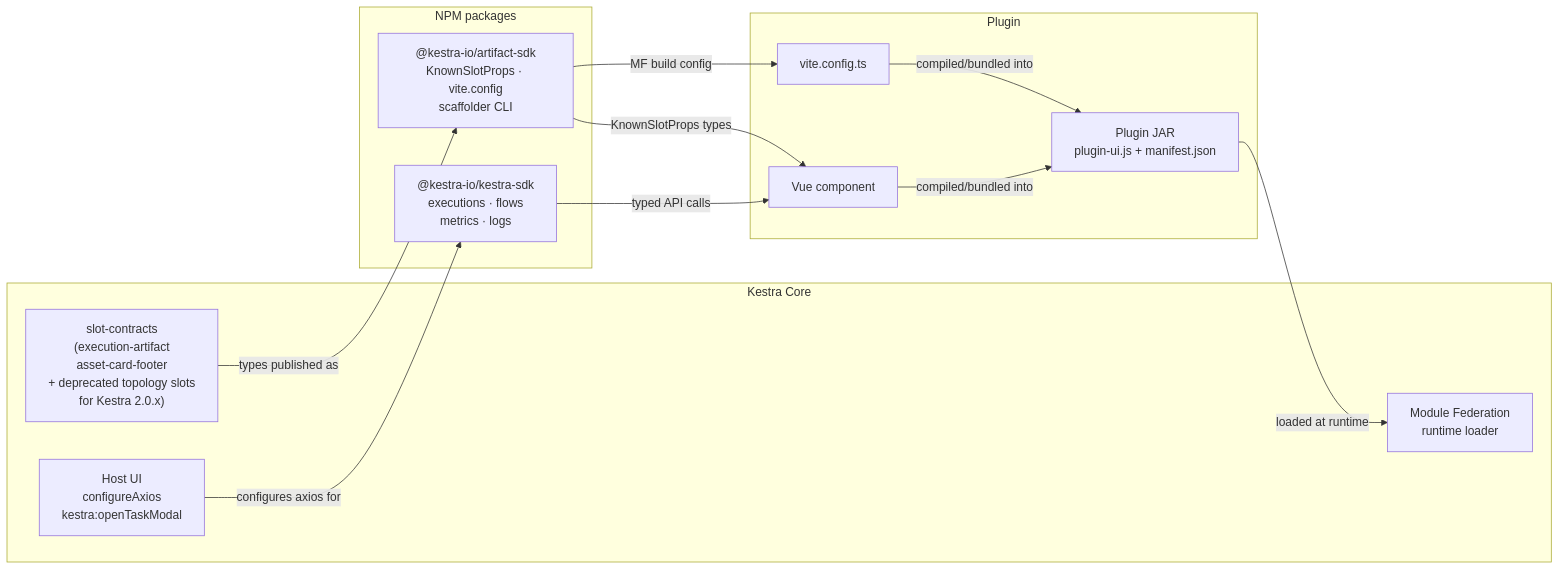
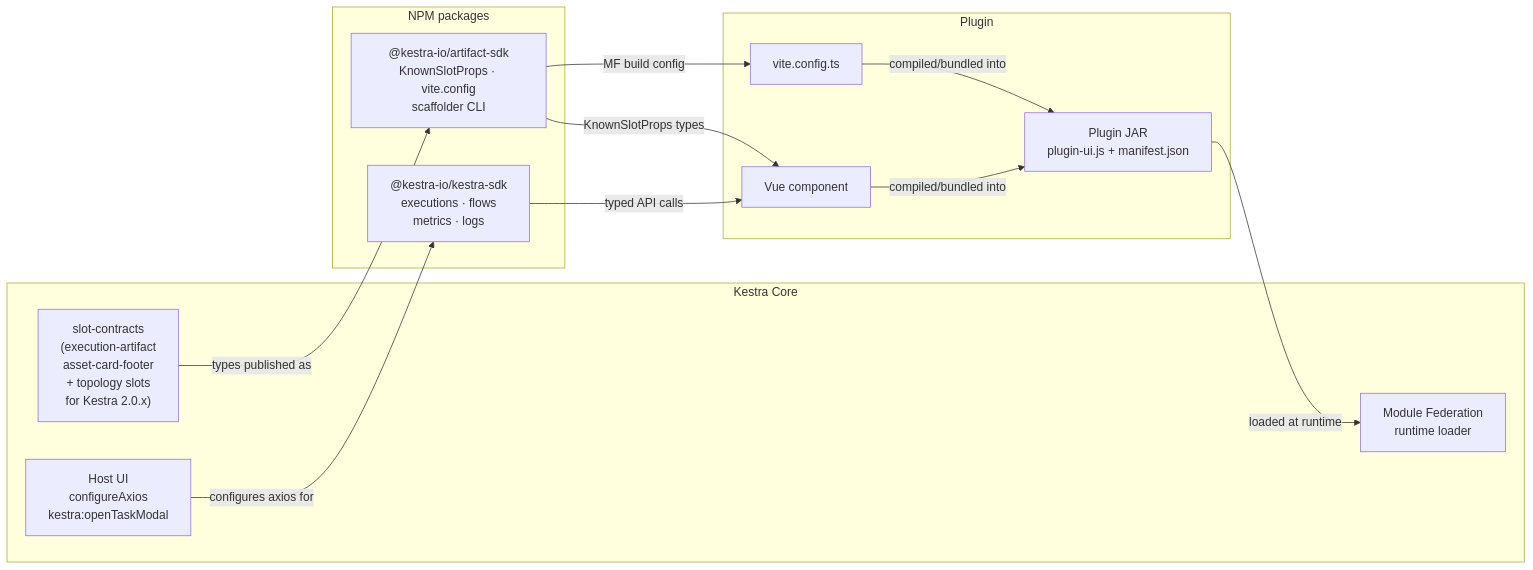
One commit to kestra-io/docs changed the diagram in src/contents/docs/plugin-developer-guide/10.plugin-ui/index.md. Above: the diagram before and after it, drawn with Mermaid. The commit also changed other lines of this file, not shown here.

Commit message:
docs(plugin-ui): drop artifact-sdk deprecation claims for topology slots

````diff
--- a/src/contents/docs/plugin-developer-guide/10.plugin-ui/index.md
+++ b/src/contents/docs/plugin-developer-guide/10.plugin-ui/index.md
@@ -47,27 +47,27 @@
 ```mermaid
 graph LR
     subgraph CORE["Kestra Core"]
-        SC["slot-contracts\n(execution-artifact\nasset-card-footer\n+ deprecated topology slots\nfor Kestra 2.0.x)"]
+        SC["slot-contracts\n(execution-artifact\nasset-card-footer\n+ topology slots\nfor Kestra 2.0.x)"]
         HOST["Host UI\nconfigureAxios\nkestra:openTaskModal"]
         MFH["Module Federation\nruntime loader"]
     end
 
     subgraph NPM["NPM packages"]
         ART["@kestra-io/artifact-sdk\nKnownSlotProps · vite.config\nscaffolder CLI"]
         SDK["@kestra-io/kestra-sdk\nexecutions · flows\nmetrics · logs"]
     end
 
     subgraph PLUGIN["Plugin"]
         VUE["Vue component"]
         VCFG["vite.config.ts"]
         JAR["Plugin JAR\nplugin-ui.js + manifest.json"]
     end
 
     SC -->|"types published as"| ART
     HOST -->|"configures axios for"| SDK
     ART -->|"KnownSlotProps types"| VUE
     ART -->|"MF build config"| VCFG
     SDK -->|"typed API calls"| VUE
     VUE & VCFG -->|"compiled/bundled into"| JAR
     JAR -->|"loaded at runtime"| MFH
 ```
````
